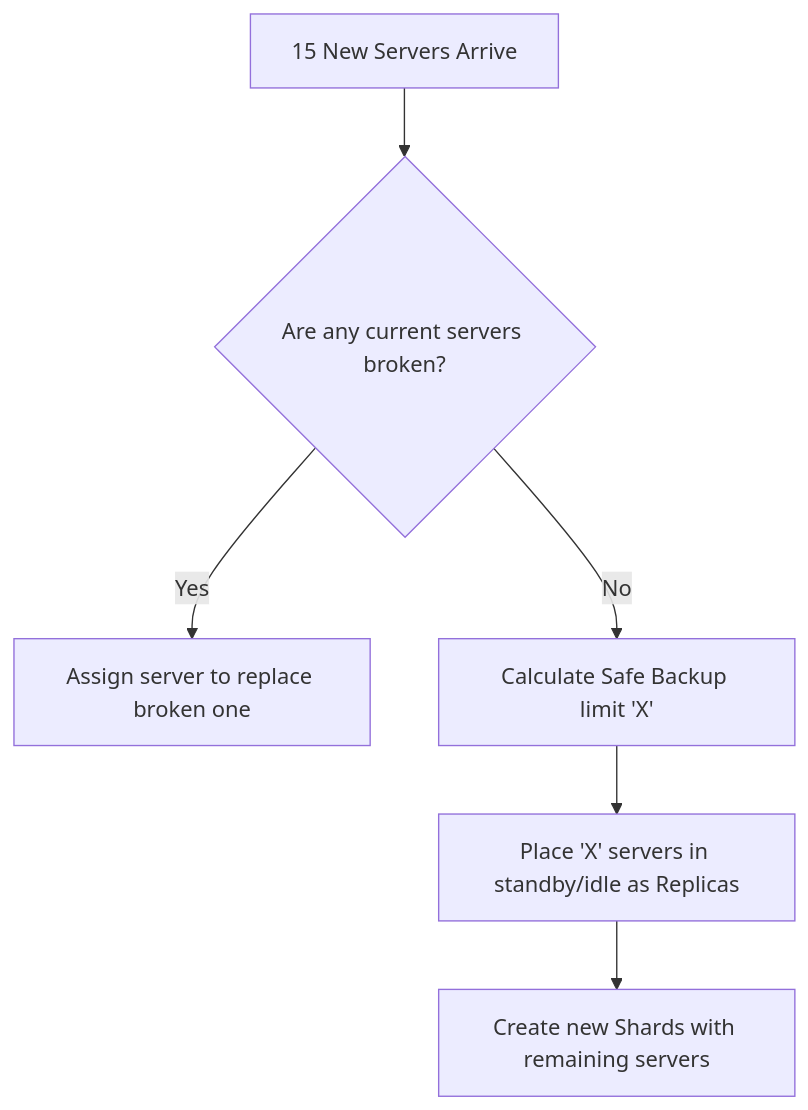
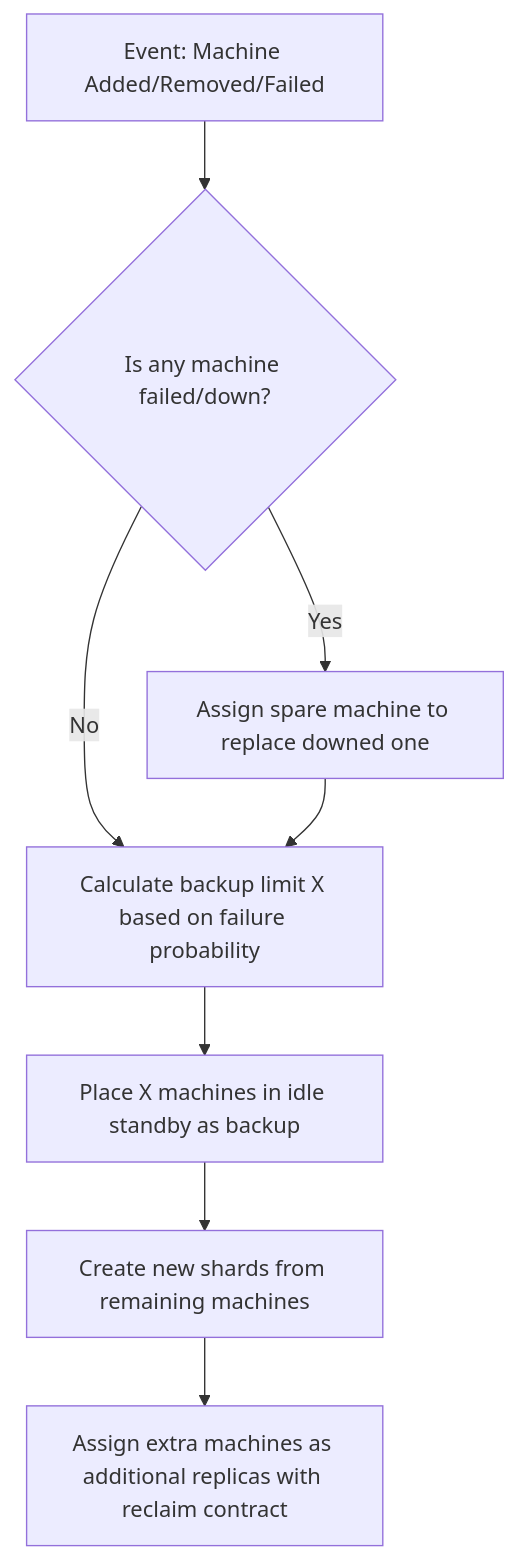
Diagram 13 of 16 in SQL vs NoSQL/SQL_vs_NoSQL_Ultimate_Guide.md (Ishwar786Ambare/HLD), drawn with Mermaid before and after one commit. The commit also changed other lines of this file, not shown here.

````diff
--- a/SQL vs NoSQL/SQL_vs_NoSQL_Ultimate_Guide.md
+++ b/SQL vs NoSQL/SQL_vs_NoSQL_Ultimate_Guide.md
@@ -948,8 +1563,10 @@
 ```mermaid
 graph TD
-    A[15 New Servers Arrive] --> B{Are any current servers broken?}
-    B -- Yes --> C[Assign server to replace broken one]
-    B -- No --> D[Calculate Safe Backup limit 'X']
-    D --> E[Place 'X' servers in standby/idle as Replicas]
-    E --> F[Create new Shards with remaining servers]
+    A[Event: Machine Added/Removed/Failed] --> B{Is any machine failed/down?}
+    B -->|Yes| C[Assign spare machine to replace downed one]
+    B -->|No| D[Calculate backup limit X based on failure probability]
+    C --> D
+    D --> E[Place X machines in idle standby as backup]
+    E --> F[Create new shards from remaining machines]
+    F --> G[Assign extra machines as additional replicas with reclaim contract]
 ```
````
